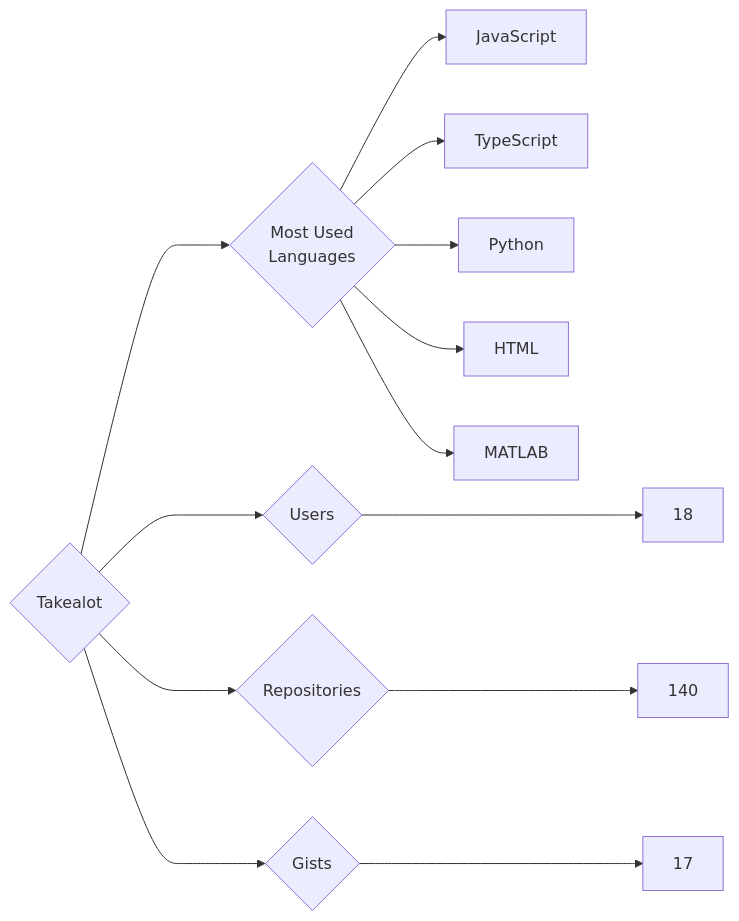
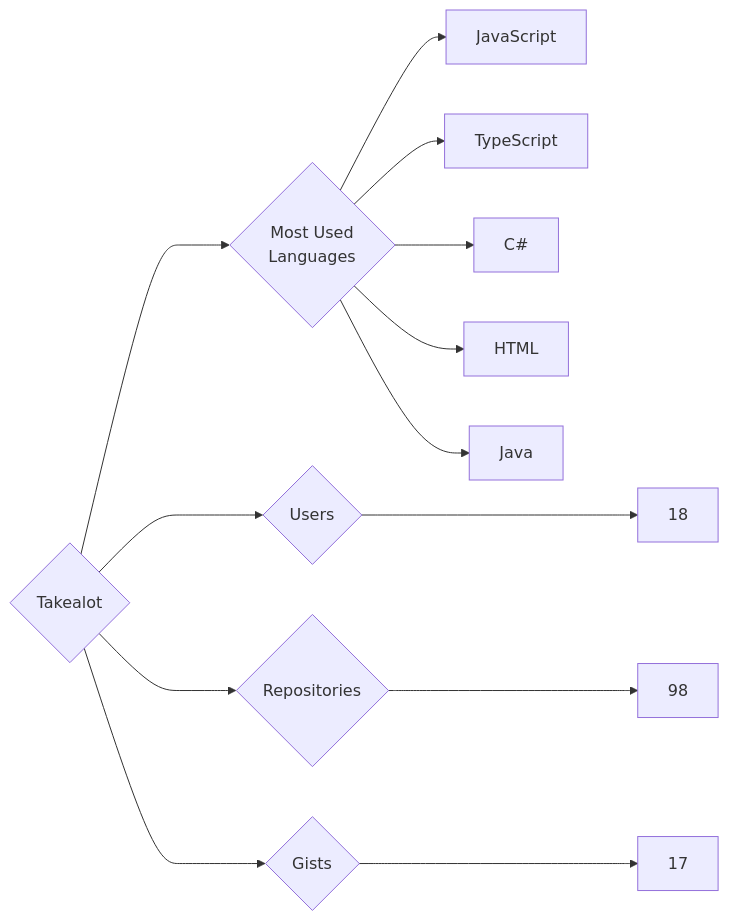
Before and after one commit to trickest/insiders: the diagram in targets/Takealot/README.md, drawn with Mermaid. The commit also changed 748 other files, not shown here.

````diff
--- a/targets/Takealot/README.md
+++ b/targets/Takealot/README.md
@@ -3,13 +3,13 @@
 ```mermaid
 graph LR
 COMPANY_NAME{Takealot}
 COMPANY_NAME ---> U{Users} ---> UN[18]
-COMPANY_NAME ---> R{Repositories} ---> RN[140]
+COMPANY_NAME ---> R{Repositories} ---> RN[98]
 COMPANY_NAME ---> G{Gists} ---> GN[17]
 COMPANY_NAME ---> ML{Most Used<br>Languages}
 ML --> JavaScript[JavaScript]
 ML --> TypeScript[TypeScript]
-ML --> Python[Python]
+ML --> C#[C#]
 ML --> HTML[HTML]
-ML --> MATLAB[MATLAB]
+ML --> Java[Java]
 ```
````
